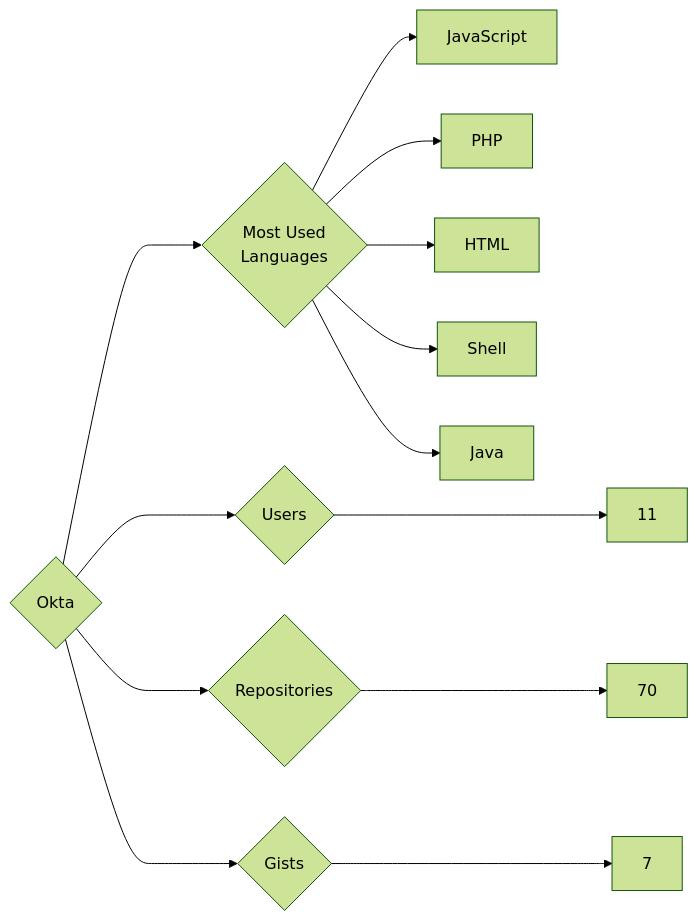
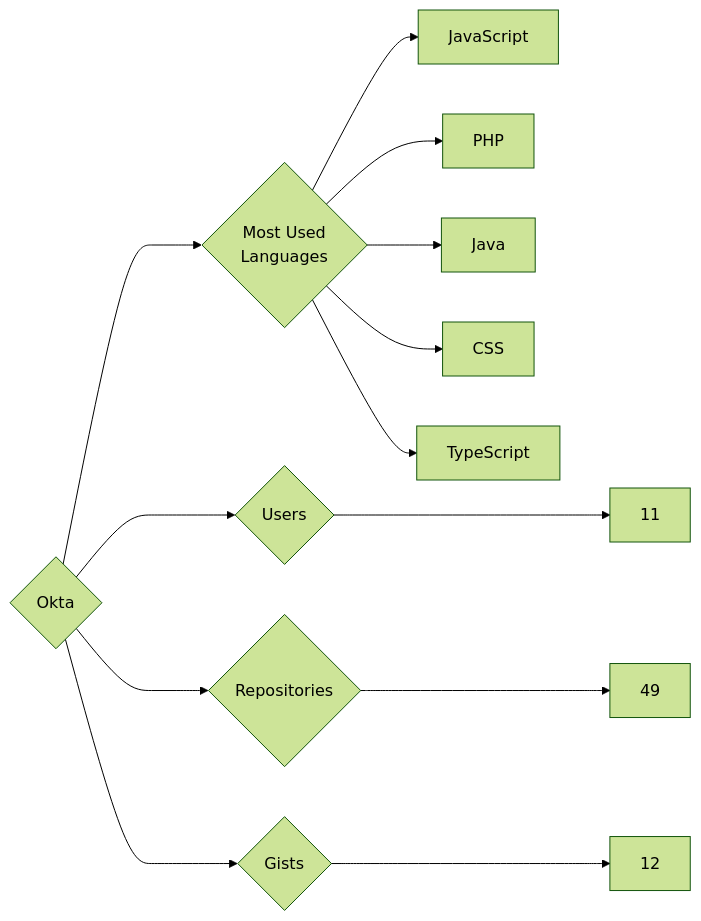
Before and after one commit to trickest/insiders: the diagram in targets/Okta/README.md, drawn with Mermaid (forest theme). The commit also changed 1484 other files, not shown here.

````diff
--- a/targets/Okta/README.md
+++ b/targets/Okta/README.md
@@ -3,13 +3,13 @@
 ```mermaid
 graph LR
 COMPANY_NAME{Okta}
 COMPANY_NAME ---> U{Users} ---> UN[11]
-COMPANY_NAME ---> R{Repositories} ---> RN[70]
-COMPANY_NAME ---> G{Gists} ---> GN[7]
+COMPANY_NAME ---> R{Repositories} ---> RN[49]
+COMPANY_NAME ---> G{Gists} ---> GN[12]
 COMPANY_NAME ---> ML{Most Used<br>Languages}
 ML --> JavaScript[JavaScript]
 ML --> PHP[PHP]
-ML --> HTML[HTML]
-ML --> Shell[Shell]
 ML --> Java[Java]
+ML --> CSS[CSS]
+ML --> TypeScript[TypeScript]
 ```
````
